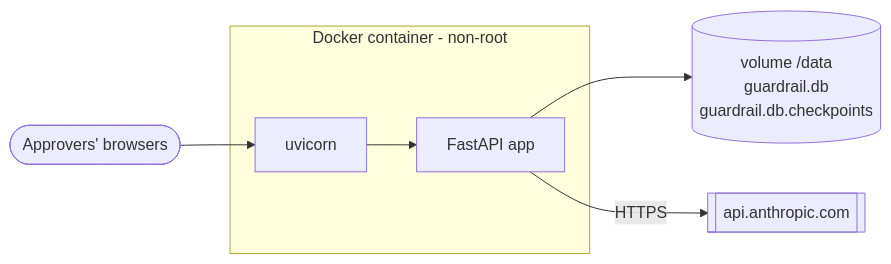
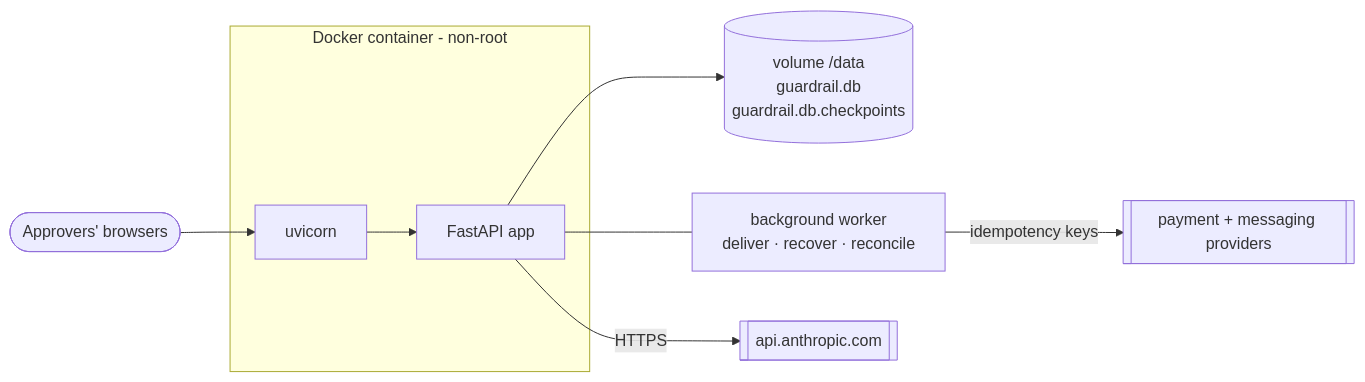
Before and after one commit to Prathu241/Guardrail: the eighth of 8 diagrams in docs/ARCHITECTURE.md, drawn with Mermaid. The commit also changed other lines of this file and 8 other files, not shown here.

First line of the commit message:
Three-act demo and updated architecture, hardening and README docs

````diff
--- a/docs/ARCHITECTURE.md
+++ b/docs/ARCHITECTURE.md
@@ -412,9 +525,11 @@
 ```mermaid
 flowchart LR
     subgraph container [Docker container - non-root]
         uv[uvicorn] --> fa[FastAPI app]
     end
     fa --> vol[(volume /data<br/>guardrail.db<br/>guardrail.db.checkpoints)]
+    fa --- bgw[background worker<br/>deliver · recover · reconcile]
+    bgw -->|idempotency keys| provs[[payment + messaging providers]]
     fa -->|HTTPS| anth[[api.anthropic.com]]
     browser([Approvers' browsers]) --> uv
 ```
````
